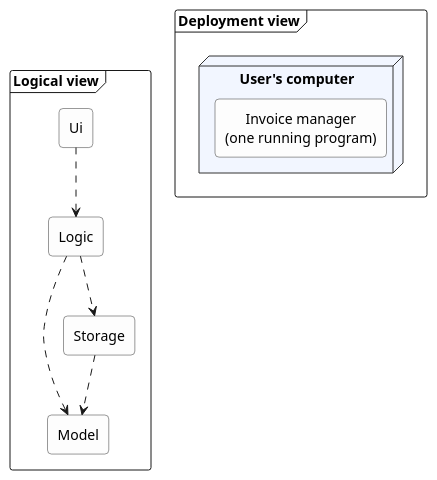
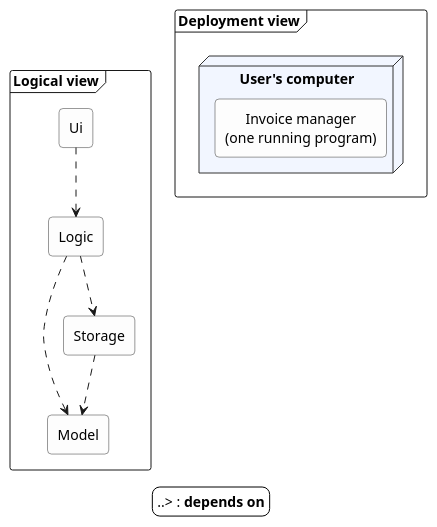
The diagram in architecture/architectureDiagrams/views/images/twoViews.puml (se-edu/se-book), drawn with PlantUML before and after one commit. The commit also changed 2 other files, not shown here.

Commit message:
architecture: Use dashed arrows and legends consistently in diagrams
The chapter tells readers to check a diagram's legend for what an arrow
means, but its own diagrams were inconsistent:

- architecture.puml drew dependencies as '..>' while its legend
  illustrated them as '-->'
- twoViews.puml had no legend at all
- clientServerViews.puml drew dependencies as solid arrows, had no
  legend, and used one arrow style for both 'depends on' and
  'sends requests to'

Dependencies are now dashed everywhere, matching UML, and every diagram
with arrows carries a legend. Also restores the RemoteStorage-to-Model
dependency, which Storage had in the earlier diagrams and which
RemoteStorage keeps by honoring the same interface.

```diff
--- a/architecture/architectureDiagrams/views/images/twoViews.puml
+++ b/architecture/architectureDiagrams/views/images/twoViews.puml
@@ -1,29 +1,32 @@
 @startuml
 skinparam backgroundColor transparent
 skinparam shadowing false
 skinparam defaultTextAlignment center
 skinparam rectangle {
   BackgroundColor #FDFDFD
   BorderColor #333333
   roundCorner 8
 }
 skinparam node {
   BackgroundColor #F2F6FF
   BorderColor #333333
 }
 frame "Logical view" {
   rectangle "Ui" as ui
   rectangle "Logic" as logic
   rectangle "Model" as model
   rectangle "Storage" as storage
   ui ..> logic
   logic ..> model
   logic ..> storage
   storage ..> model
 }
 frame "Deployment view" {
   node "User's computer" {
     rectangle "Invoice manager\n(one running program)" as app
   }
 }
+legend bottom
+  ..> : <b>depends on</b>
+endlegend
 @enduml
```
